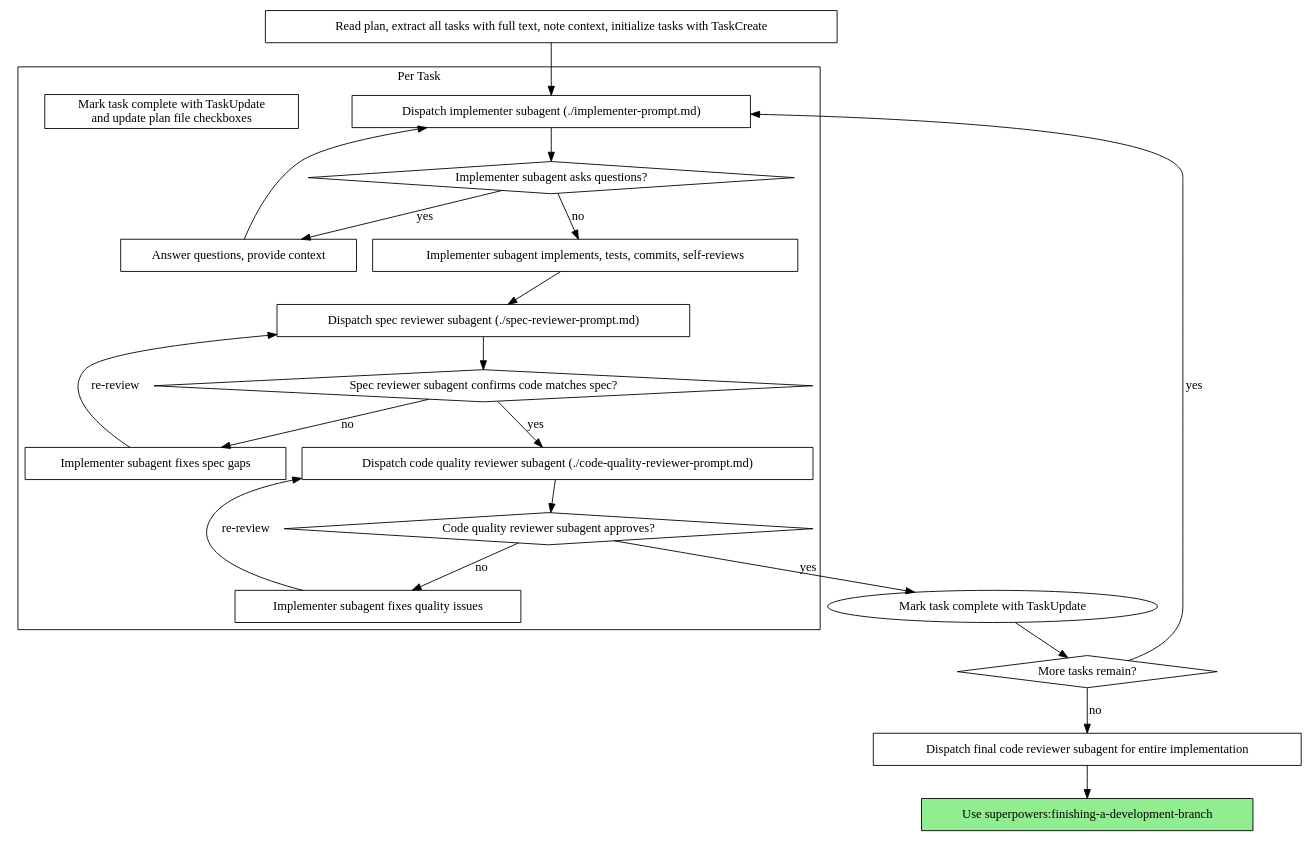
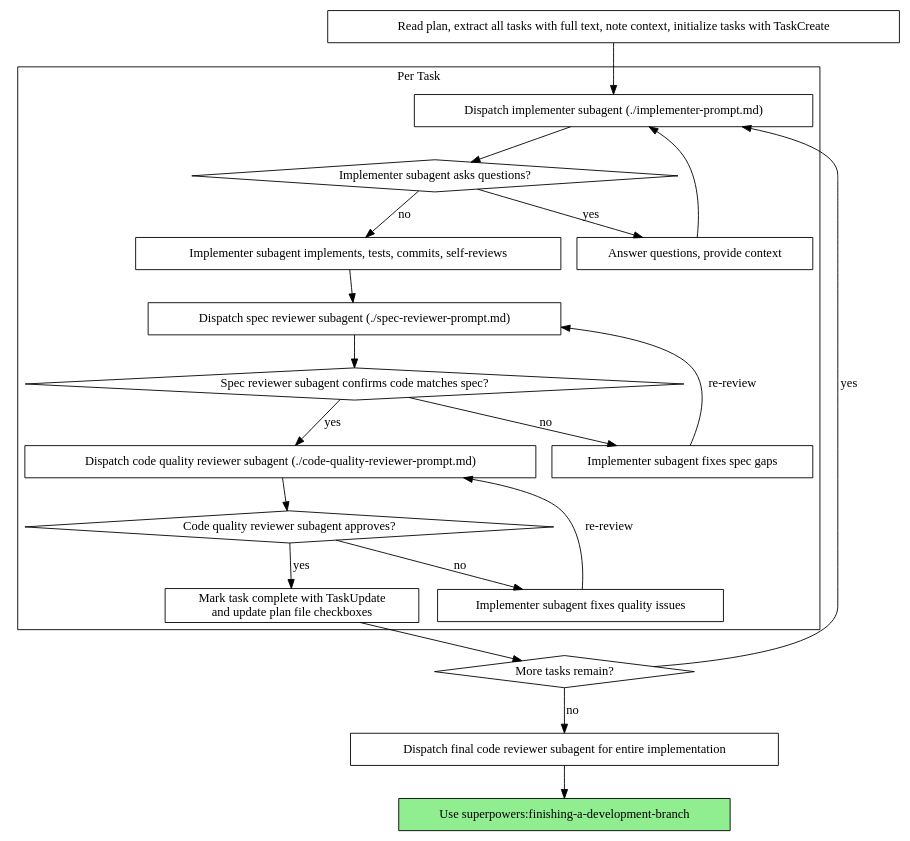
One commit to jasoncarr95/superpowers changed the second of 2 diagrams in skills/subagent-driven-development/SKILL.md. Above: the diagram before and after it, drawn with Graphviz. The commit also changed other lines of this file and 1 other file, not shown here.

First line of the commit message:
fix(skills): require updating plan checkboxes for cross-session resume

````diff
--- a/skills/subagent-driven-development/SKILL.md
+++ b/skills/subagent-driven-development/SKILL.md
@@ -45,44 +45,44 @@
 ```dot
 digraph process {
     rankdir=TB;
 
     subgraph cluster_per_task {
         label="Per Task";
         "Dispatch implementer subagent (./implementer-prompt.md)" [shape=box];
         "Implementer subagent asks questions?" [shape=diamond];
         "Answer questions, provide context" [shape=box];
         "Implementer subagent implements, tests, commits, self-reviews" [shape=box];
         "Dispatch spec reviewer subagent (./spec-reviewer-prompt.md)" [shape=box];
         "Spec reviewer subagent confirms code matches spec?" [shape=diamond];
         "Implementer subagent fixes spec gaps" [shape=box];
         "Dispatch code quality reviewer subagent (./code-quality-reviewer-prompt.md)" [shape=box];
         "Code quality reviewer subagent approves?" [shape=diamond];
         "Implementer subagent fixes quality issues" [shape=box];
         "Mark task complete with TaskUpdate\nand update plan file checkboxes" [shape=box];
     }
 
     "Read plan, extract all tasks with full text, note context, initialize tasks with TaskCreate" [shape=box];
     "More tasks remain?" [shape=diamond];
     "Dispatch final code reviewer subagent for entire implementation" [shape=box];
     "Use superpowers:finishing-a-development-branch" [shape=box style=filled fillcolor=lightgreen];
 
     "Read plan, extract all tasks with full text, note context, initialize tasks with TaskCreate" -> "Dispatch implementer subagent (./implementer-prompt.md)";
     "Dispatch implementer subagent (./implementer-prompt.md)" -> "Implementer subagent asks questions?";
     "Implementer subagent asks questions?" -> "Answer questions, provide context" [label="yes"];
     "Answer questions, provide context" -> "Dispatch implementer subagent (./implementer-prompt.md)";
     "Implementer subagent asks questions?" -> "Implementer subagent implements, tests, commits, self-reviews" [label="no"];
     "Implementer subagent implements, tests, commits, self-reviews" -> "Dispatch spec reviewer subagent (./spec-reviewer-prompt.md)";
     "Dispatch spec reviewer subagent (./spec-reviewer-prompt.md)" -> "Spec reviewer subagent confirms code matches spec?";
     "Spec reviewer subagent confirms code matches spec?" -> "Implementer subagent fixes spec gaps" [label="no"];
     "Implementer subagent fixes spec gaps" -> "Dispatch spec reviewer subagent (./spec-reviewer-prompt.md)" [label="re-review"];
     "Spec reviewer subagent confirms code matches spec?" -> "Dispatch code quality reviewer subagent (./code-quality-reviewer-prompt.md)" [label="yes"];
     "Dispatch code quality reviewer subagent (./code-quality-reviewer-prompt.md)" -> "Code quality reviewer subagent approves?";
     "Code quality reviewer subagent approves?" -> "Implementer subagent fixes quality issues" [label="no"];
     "Implementer subagent fixes quality issues" -> "Dispatch code quality reviewer subagent (./code-quality-reviewer-prompt.md)" [label="re-review"];
-    "Code quality reviewer subagent approves?" -> "Mark task complete with TaskUpdate" [label="yes"];
-    "Mark task complete with TaskUpdate" -> "More tasks remain?";
+    "Code quality reviewer subagent approves?" -> "Mark task complete with TaskUpdate\nand update plan file checkboxes" [label="yes"];
+    "Mark task complete with TaskUpdate\nand update plan file checkboxes" -> "More tasks remain?";
     "More tasks remain?" -> "Dispatch implementer subagent (./implementer-prompt.md)" [label="yes"];
     "More tasks remain?" -> "Dispatch final code reviewer subagent for entire implementation" [label="no"];
     "Dispatch final code reviewer subagent for entire implementation" -> "Use superpowers:finishing-a-development-branch";
 }
 ```
````
